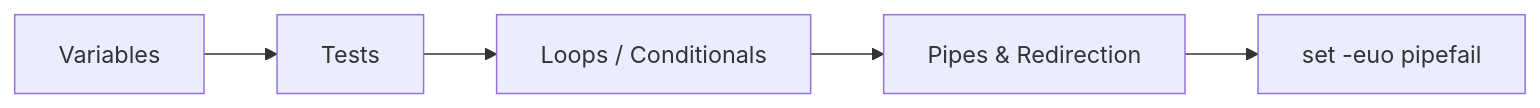
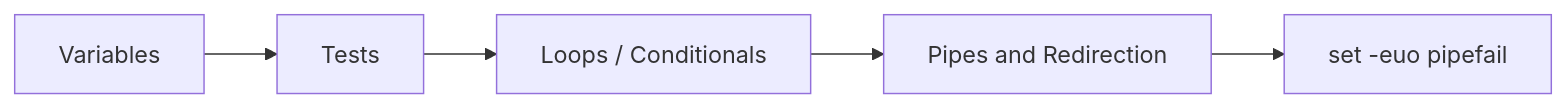
The diagram in Learning/OS-and-Scripting/07-Cheat-Sheets/bash-cheatsheet.md (Prabakaran-MS/crashCourse), drawn with Mermaid before and after one commit. The commit also changed other lines of this file and 84 other files, not shown here.

````diff
--- a/Learning/OS-and-Scripting/07-Cheat-Sheets/bash-cheatsheet.md
+++ b/Learning/OS-and-Scripting/07-Cheat-Sheets/bash-cheatsheet.md
@@ -55,7 +55,7 @@
 ```mermaid
 flowchart LR
 	V["Variables"] --> T["Tests"]
 	T --> L["Loops / Conditionals"]
-	L --> P["Pipes & Redirection"]
+	L --> P["Pipes and Redirection"]
 	P --> S["set -euo pipefail"]
 ```
````
